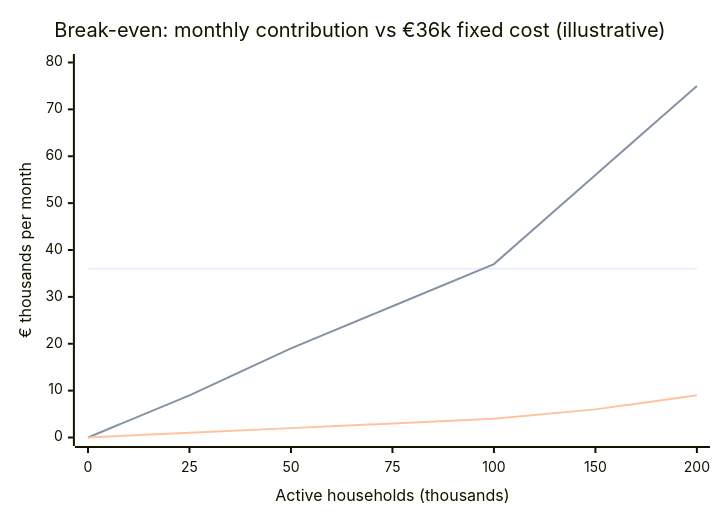
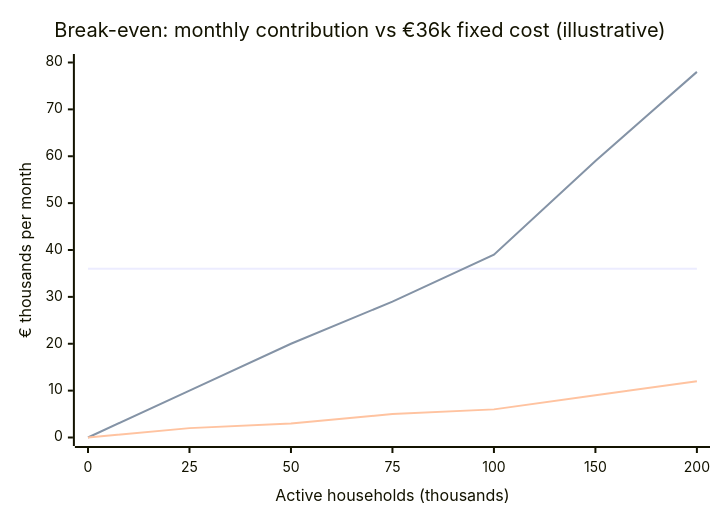
Before and after one commit to Zogoo/scrapless: the third of 3 diagrams in docs/10-frameworks-and-financials.md, drawn with Mermaid. The commit also changed other lines of this file and 7 other files, not shown here.

````diff
--- a/docs/10-frameworks-and-financials.md
+++ b/docs/10-frameworks-and-financials.md
@@ -162,9 +170,9 @@
 ```mermaid
 xychart-beta
     title "Break-even: monthly contribution vs €36k fixed cost (illustrative)"
     x-axis "Active households (thousands)" [0, 25, 50, 75, 100, 150, 200]
     y-axis "€ thousands per month" 0 --> 80
     line "Fixed costs" [36, 36, 36, 36, 36, 36, 36]
-    line "Contribution - with hand-off (base)" [0, 9, 19, 28, 37, 56, 75]
-    line "Contribution - subscription only" [0, 1, 2, 3, 4, 6, 9]
+    line "Contribution - with hand-off (base)" [0, 10, 20, 29, 39, 59, 78]
+    line "Contribution - subscription only" [0, 2, 3, 5, 6, 9, 12]
 ```
````
